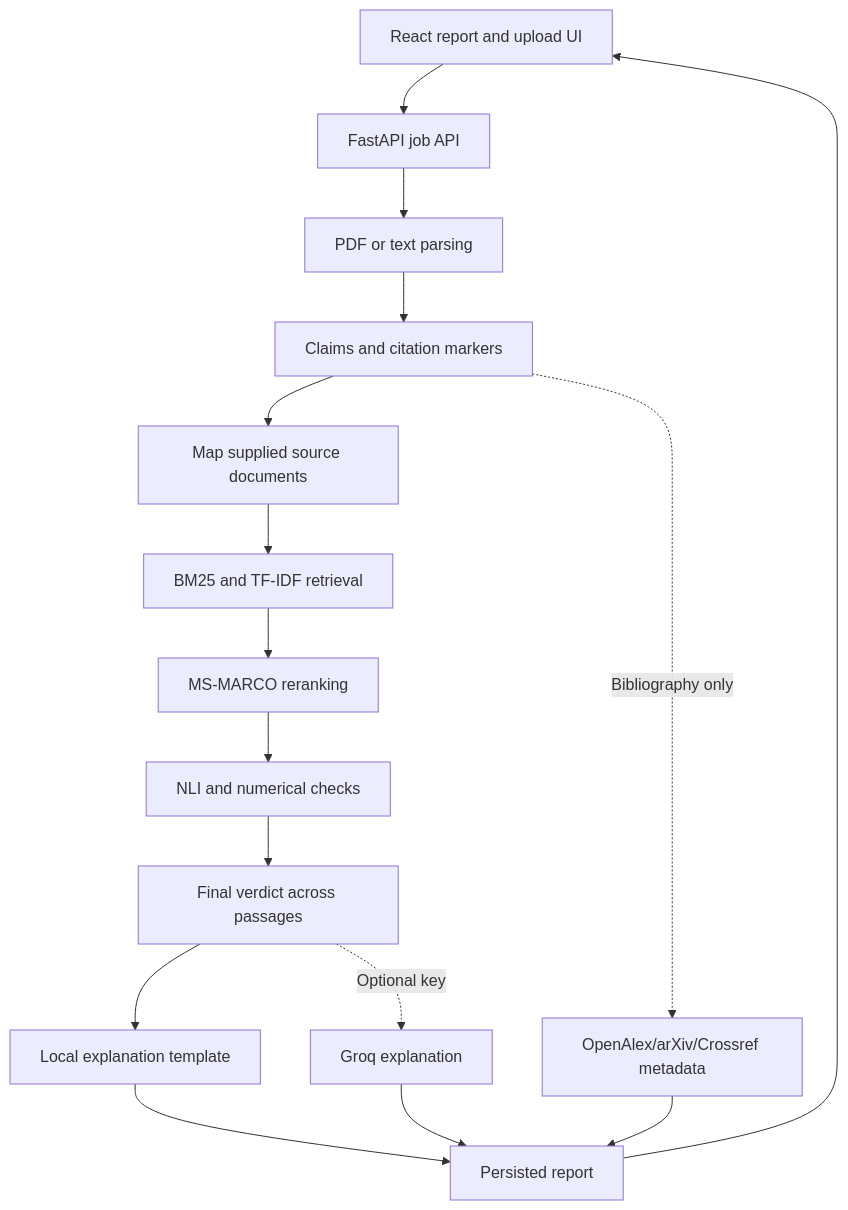
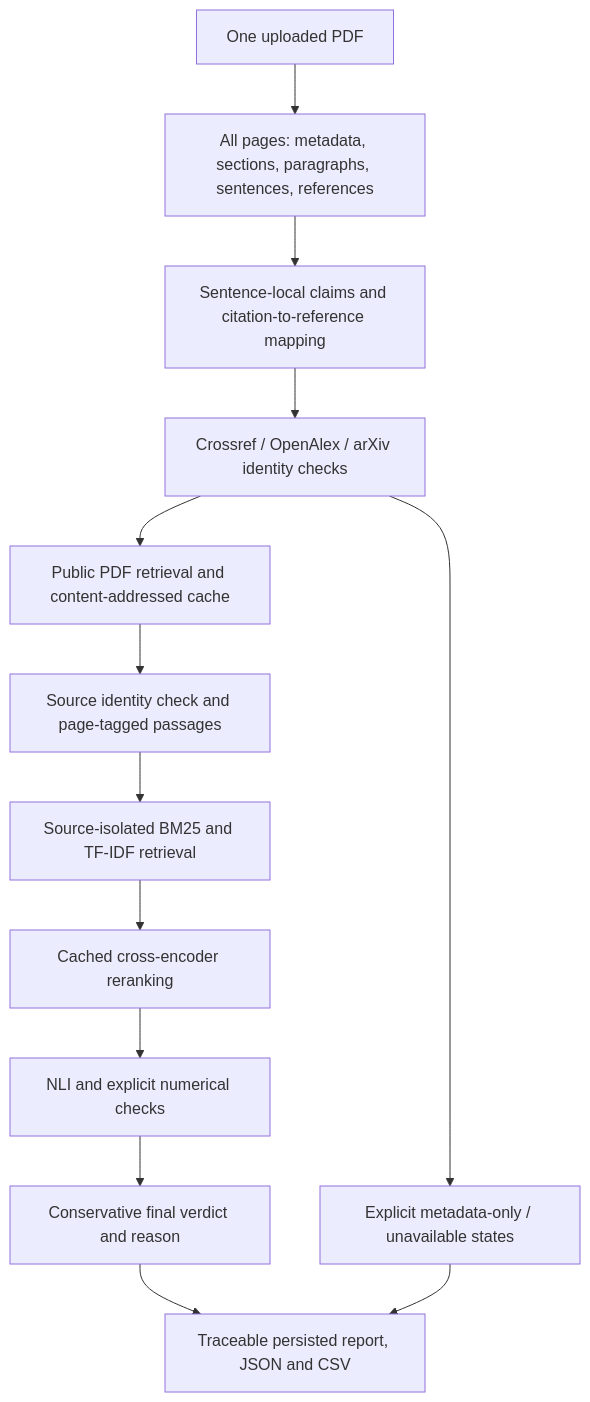
One commit to tanushg07/CiteGuard changed the diagram in README.md. Above: the diagram before and after it, drawn with Mermaid. The commit also changed other lines of this file and 5 other files, not shown here.

````diff
--- a/README.md
+++ b/README.md
@@ -25,18 +7,15 @@
 ```mermaid
 flowchart TD
-    UI[React report and upload UI] --> API[FastAPI job API]
-    API --> Parse[PDF or text parsing]
-    Parse --> Extract[Claims and citation markers]
-    Extract -. Bibliography only .-> Metadata[OpenAlex/arXiv/Crossref metadata]
-    Extract --> Map[Map supplied source documents]
-    Map --> Retrieve[BM25 and TF-IDF retrieval]
-    Retrieve --> Rank[MS-MARCO reranking]
-    Rank --> Verify[NLI and numerical checks]
-    Verify --> Final[Final verdict across passages]
-    Final --> Explain[Local explanation template]
-    Final -. Optional key .-> Groq[Groq explanation]
-    Explain --> Report[Persisted report]
-    Groq --> Report
-    Metadata --> Report
-    Report --> UI
+    PDF[One uploaded PDF] --> Parse[All pages: metadata, sections, paragraphs, sentences, references]
+    Parse --> Map[Sentence-local claims and citation-to-reference mapping]
+    Map --> Identify[Crossref / OpenAlex / arXiv identity checks]
+    Identify --> Fetch[Public PDF retrieval and content-addressed cache]
+    Fetch --> Text[Source identity check and page-tagged passages]
+    Text --> Retrieve[Source-isolated BM25 and TF-IDF retrieval]
+    Retrieve --> Rerank[Cached cross-encoder reranking]
+    Rerank --> Verify[NLI and explicit numerical checks]
+    Verify --> Decision[Conservative final verdict and reason]
+    Decision --> Report[Traceable persisted report, JSON and CSV]
+    Identify --> Unavailable[Explicit metadata-only / unavailable states]
+    Unavailable --> Report
 ```
````
